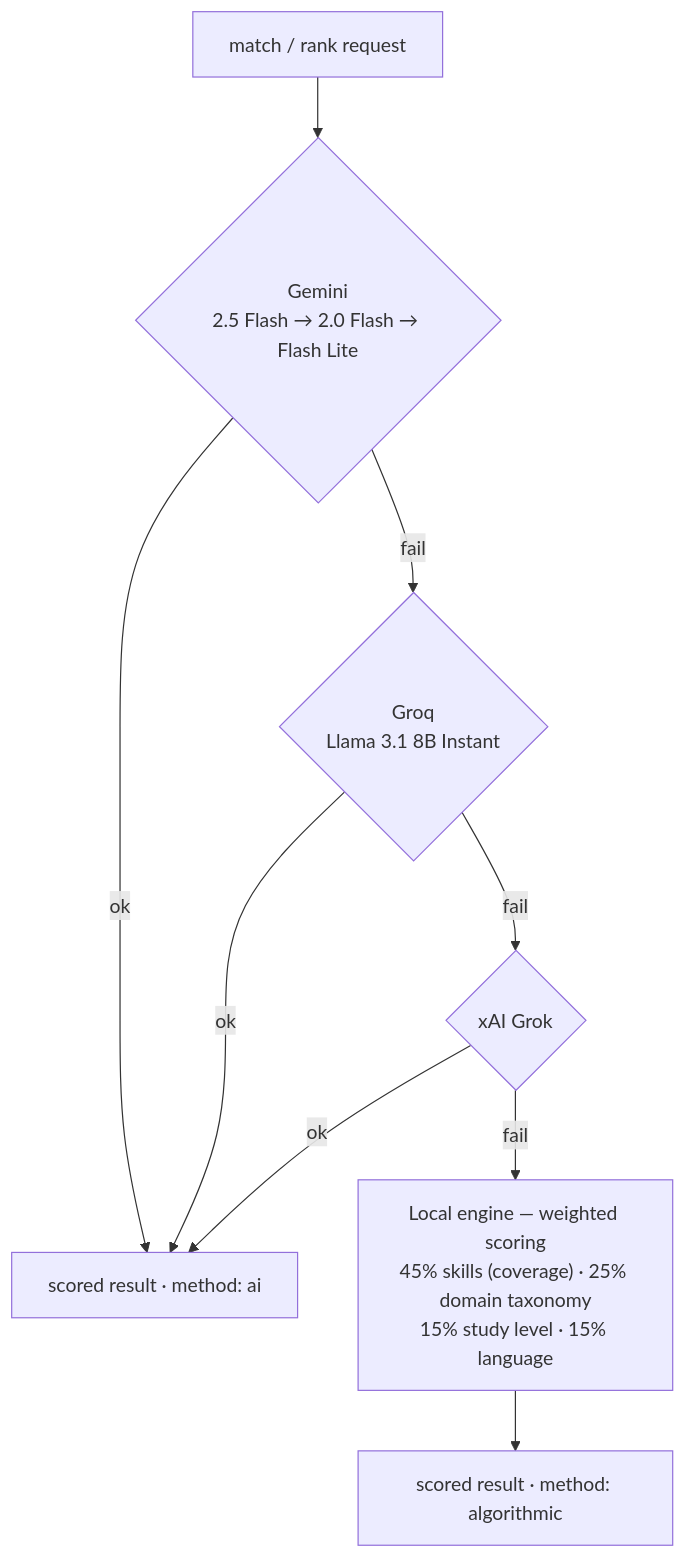
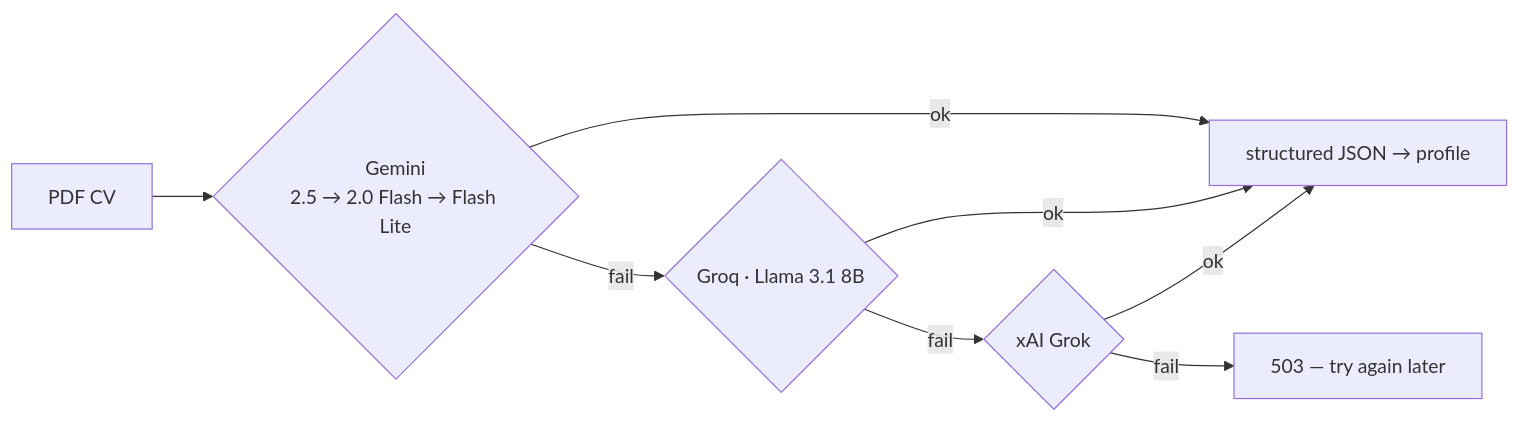
One commit to mahitoh/internbeacon changed the third of 4 diagrams in README.md. Above: the diagram before and after it, drawn with Mermaid. The commit also changed other lines of this file and 53 other files, not shown here.

First line of the commit message:
feat: replace AI matching with deterministic algorithmic engine & UI overhaul

````diff
--- a/README.md
+++ b/README.md
@@ -141,11 +172,10 @@
 ```mermaid
-flowchart TD
-    REQ["match / rank request"] --> P1{"Gemini<br/>2.5 Flash → 2.0 Flash → Flash Lite"}
-    P1 -- ok --> OUT["scored result · method: ai"]
-    P1 -- fail --> P2{"Groq<br/>Llama 3.1 8B Instant"}
-    P2 -- ok --> OUT
+flowchart LR
+    CV["PDF CV"] --> P1{"Gemini<br/>2.5 → 2.0 Flash → Flash Lite"}
+    P1 -- ok --> JSON["structured JSON → profile"]
+    P1 -- fail --> P2{"Groq · Llama 3.1 8B"}
+    P2 -- ok --> JSON
     P2 -- fail --> P3{"xAI Grok"}
-    P3 -- ok --> OUT
-    P3 -- fail --> ALG["Local engine — weighted scoring<br/>45% skills (coverage) · 25% domain taxonomy<br/>15% study level · 15% language"]
-    ALG --> OUT2["scored result · method: algorithmic"]
+    P3 -- ok --> JSON
+    P3 -- fail --> ERR["503 — try again later"]
 ```
````
